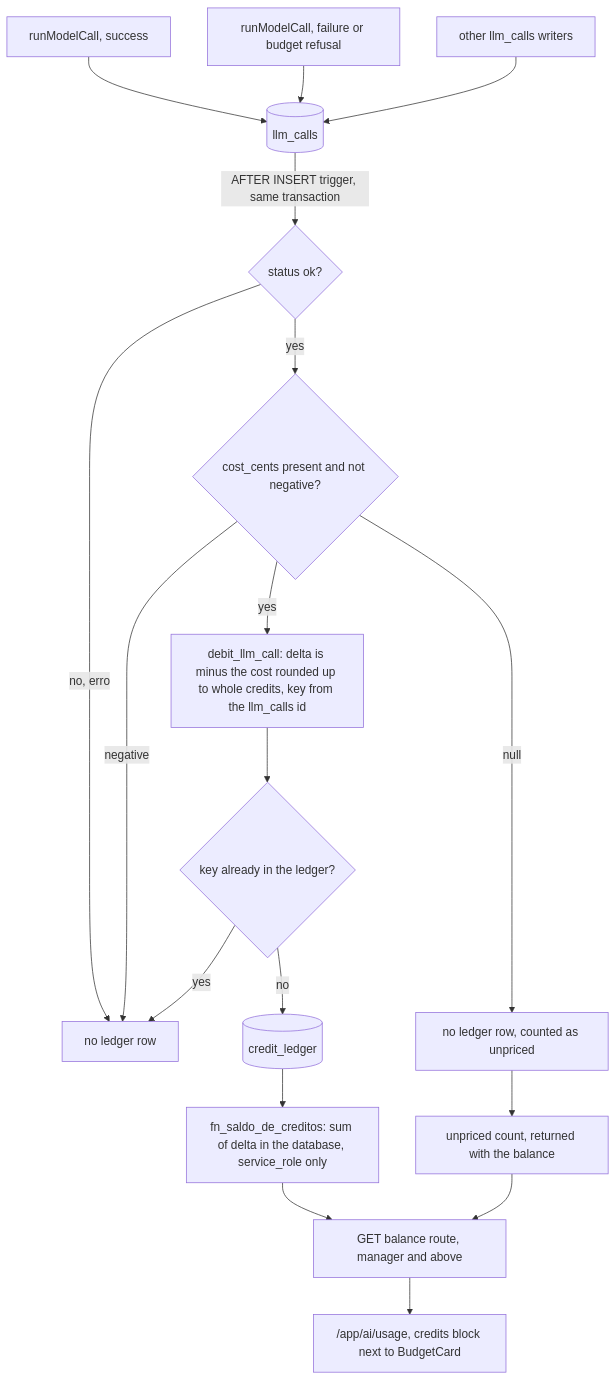
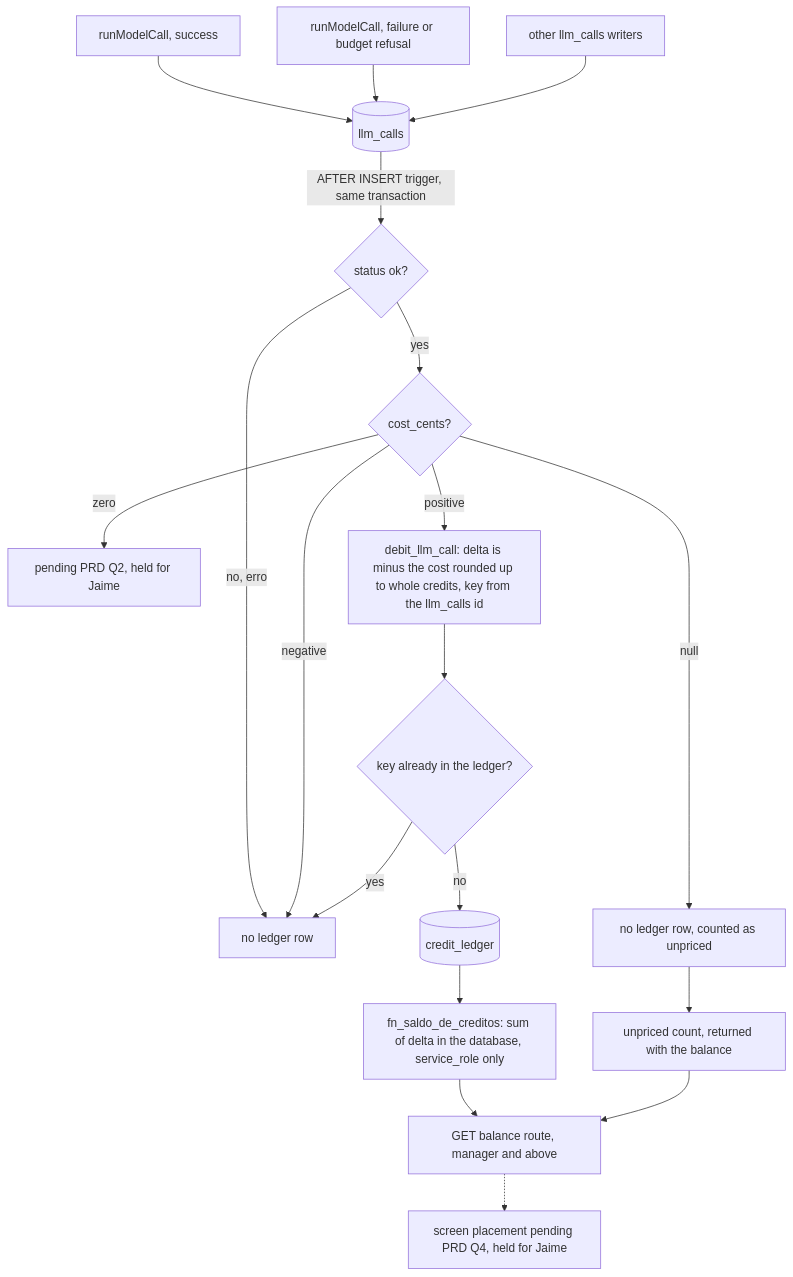
The seventh of 11 diagrams in docs/project/APP_FLOW.md (hythevc/deskcommcrm), drawn with Mermaid before and after one commit. The commit also changed other lines of this file and 5 other files, not shown here.

Commit message:
docs(project): apply the 22 consistency fixes; held questions marked pending [skip ci]

````diff
--- a/docs/project/APP_FLOW.md
+++ b/docs/project/APP_FLOW.md
@@ -426,20 +430,21 @@
 ```mermaid
 flowchart TD
     M1["runModelCall, success"] --> LC[("llm_calls")]
     M2["runModelCall, failure or budget refusal"] --> LC
     M3["other llm_calls writers"] --> LC
     LC -->|"AFTER INSERT trigger, same transaction"| T{"status ok?"}
     T -->|"no, erro"| NR["no ledger row"]
-    T -->|"yes"| C{"cost_cents present and not negative?"}
+    T -->|"yes"| C{"cost_cents?"}
     C -->|"null"| UP["no ledger row, counted as unpriced"]
     C -->|"negative"| NR
-    C -->|"yes"| D["debit_llm_call: delta is minus the cost rounded up to whole credits, key from the llm_calls id"]
+    C -->|"zero"| ZC["pending PRD Q2, held for Jaime"]
+    C -->|"positive"| D["debit_llm_call: delta is minus the cost rounded up to whole credits, key from the llm_calls id"]
     D --> K{"key already in the ledger?"}
     K -->|"yes"| NR
     K -->|"no"| CL[("credit_ledger")]
     CL --> BAL["fn_saldo_de_creditos: sum of delta in the database, service_role only"]
     UP --> UPC["unpriced count, returned with the balance"]
     BAL --> API["GET balance route, manager and above"]
     UPC --> API
-    API --> SCR["/app/ai/usage, credits block next to BudgetCard"]
+    API -.-> SCR["screen placement pending PRD Q4, held for Jaime"]
 ```
````
